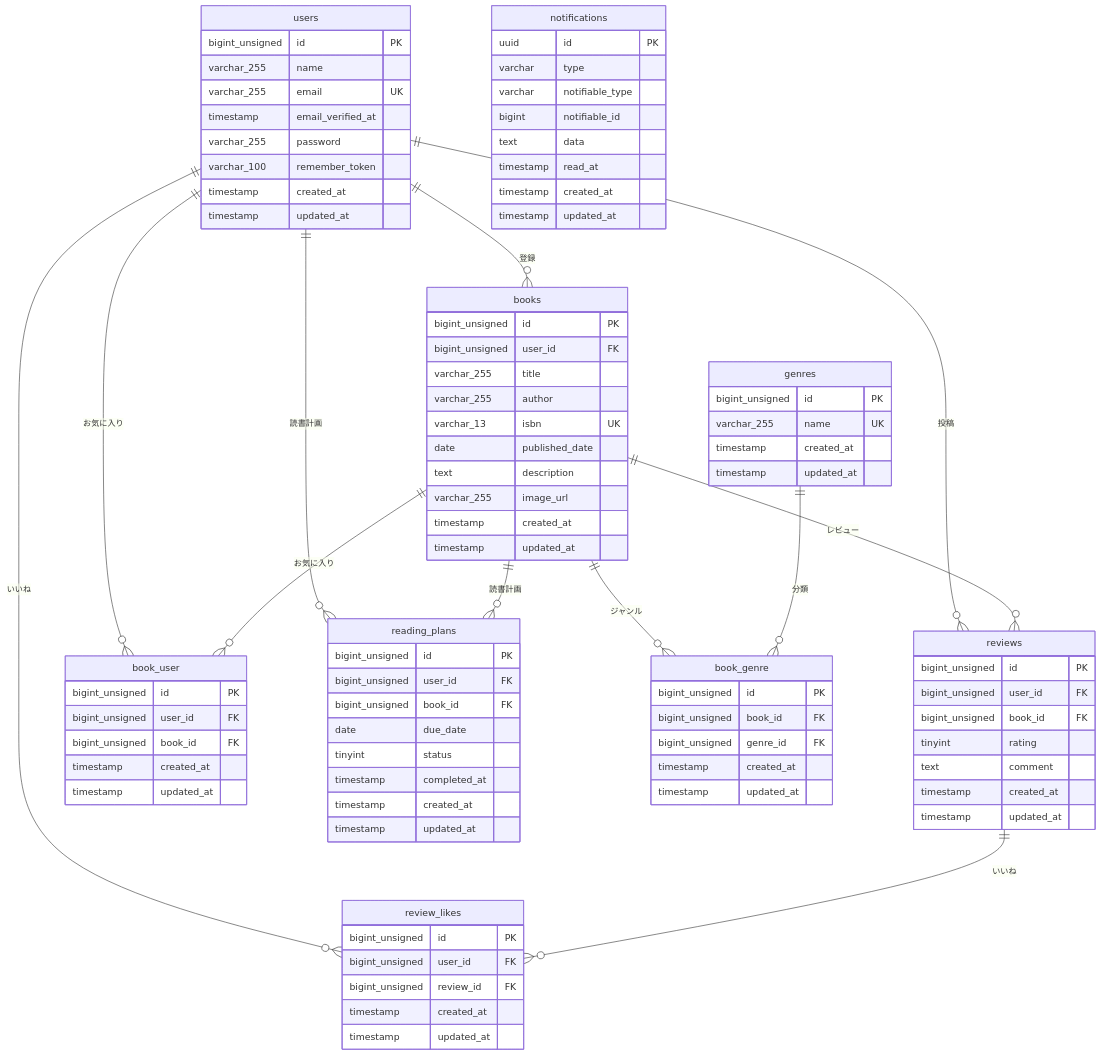
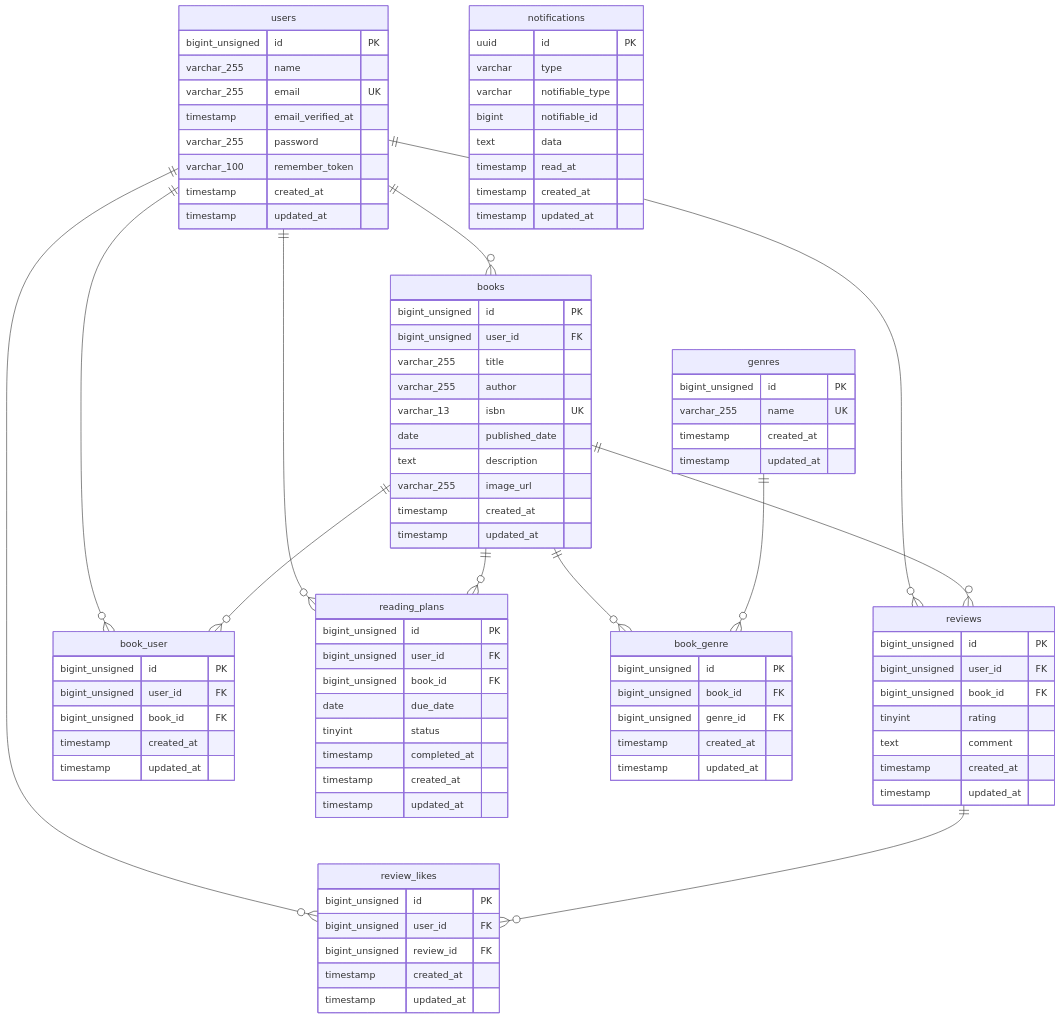
The diagram in README.md (kino-mari/bookshelf-app), drawn with Mermaid before and after one commit. The commit also changed other lines of this file, not shown here.

Commit message:
Fix README code blocks

````diff
--- a/README.md
+++ b/README.md
@@ -56,18 +56,18 @@
 ```mermaid
 erDiagram
-    users ||--o{ books : "登録"
-    users ||--o{ reviews : "投稿"
-    users ||--o{ book_user : "お気に入り"
-    users ||--o{ review_likes : "いいね"
-    users ||--o{ reading_plans : "読書計画"
+    users ||--o{ books : ""
+    users ||--o{ reviews : ""
+    users ||--o{ book_user : ""
+    users ||--o{ review_likes : ""
+    users ||--o{ reading_plans : ""
 
-    books ||--o{ reviews : "レビュー"
-    books ||--o{ book_genre : "ジャンル"
-    books ||--o{ book_user : "お気に入り"
-    books ||--o{ reading_plans : "読書計画"
+    books ||--o{ reviews : ""
+    books ||--o{ book_genre : ""
+    books ||--o{ book_user : ""
+    books ||--o{ reading_plans : ""
 
-    genres ||--o{ book_genre : "分類"
-    reviews ||--o{ review_likes : "いいね"
+    genres ||--o{ book_genre : ""
+    reviews ||--o{ review_likes : ""
 
     users {
         bigint_unsigned id PK
````
